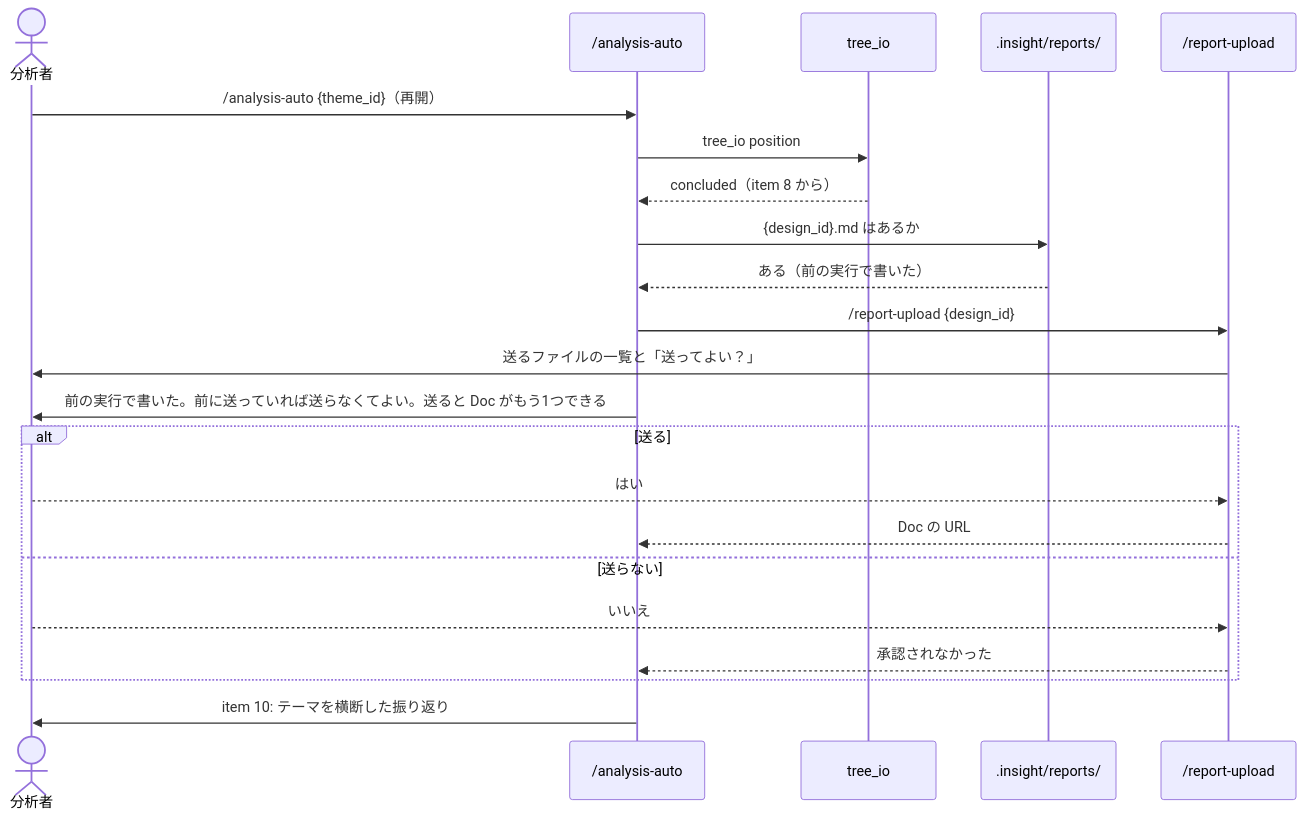
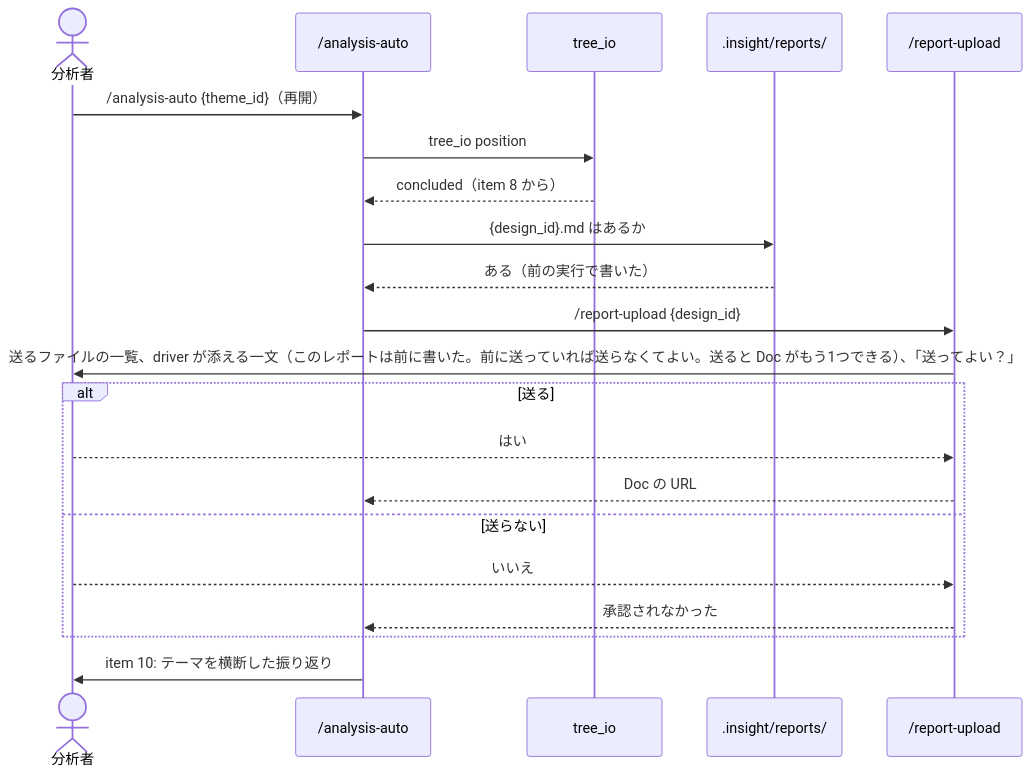
The third of 3 diagrams in docs/design/epic-27-resume-upload.md (etoyama/insight-blueprint-skills), drawn with Mermaid before and after one commit. The commit also changed other lines of this file and 6 other files, not shown here.

````diff
--- a/docs/design/epic-27-resume-upload.md
+++ b/docs/design/epic-27-resume-upload.md
@@ -93,25 +104,24 @@
 ```mermaid
 sequenceDiagram
     actor A as 分析者
     participant D as /analysis-auto
     participant T as tree_io
     participant FS as .insight/reports/
     participant U as /report-upload
 
     A->>D: /analysis-auto {theme_id}（再開）
     D->>T: tree_io position
     T-->>D: concluded（item 8 から）
     D->>FS: {design_id}.md はあるか
     FS-->>D: ある（前の実行で書いた）
     D->>U: /report-upload {design_id}
-    U->>A: 送るファイルの一覧と「送ってよい？」
-    D->>A: 前の実行で書いた。前に送っていれば送らなくてよい。送ると Doc がもう1つできる
+    U->>A: 送るファイルの一覧、driver が添える一文（このレポートは前に書いた。前に送っていれば送らなくてよい。送ると Doc がもう1つできる）、「送ってよい？」
     alt 送る
         A-->>U: はい
         U-->>D: Doc の URL
     else 送らない
         A-->>U: いいえ
         U-->>D: 承認されなかった
     end
     D->>A: item 10: テーマを横断した振り返り
 ```
````
